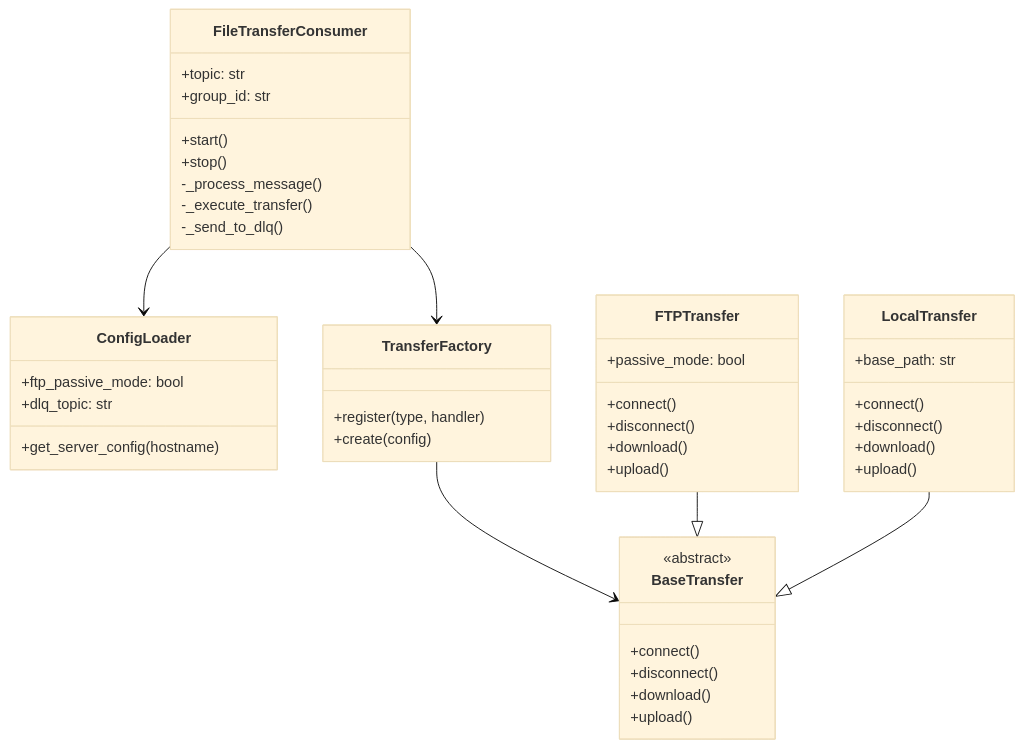
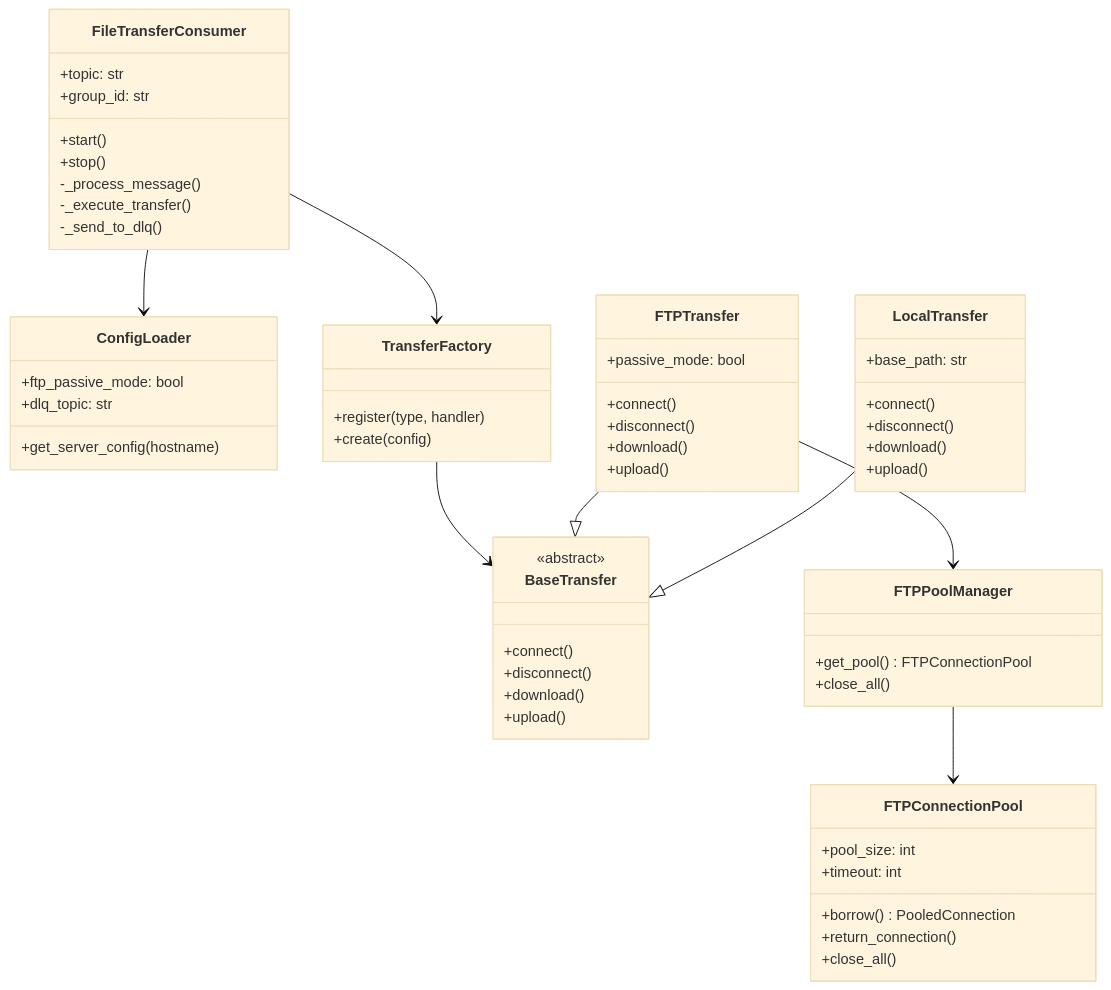
One commit to nineking424/etl-file-sync changed the second of 3 diagrams in README.md. Above: the diagram before and after it, drawn with Mermaid (base theme). The commit also changed other lines of this file, not shown here.

````diff
--- a/README.md
+++ b/README.md
@@ -489,53 +505,68 @@
 ```mermaid
 classDiagram
     class FileTransferConsumer {
         +topic: str
         +group_id: str
         +start()
         +stop()
         -_process_message()
         -_execute_transfer()
         -_send_to_dlq()
     }
 
     class ConfigLoader {
         +ftp_passive_mode: bool
         +dlq_topic: str
         +get_server_config(hostname)
     }
 
     class BaseTransfer {
         <<abstract>>
         +connect()
         +disconnect()
         +download()
         +upload()
     }
 
     class FTPTransfer {
         +passive_mode: bool
         +connect()
         +disconnect()
         +download()
         +upload()
     }
 
+    class FTPConnectionPool {
+        +pool_size: int
+        +timeout: int
+        +borrow() PooledConnection
+        +return_connection()
+        +close_all()
+    }
+
+    class FTPPoolManager {
+        +get_pool() FTPConnectionPool
+        +close_all()
+    }
+
     class LocalTransfer {
         +base_path: str
         +connect()
         +disconnect()
         +download()
         +upload()
     }
 
     class TransferFactory {
         +register(type, handler)
         +create(config)
     }
 
     FileTransferConsumer --> ConfigLoader
     FileTransferConsumer --> TransferFactory
     TransferFactory --> BaseTransfer
     FTPTransfer --|> BaseTransfer
+    FTPTransfer --> FTPPoolManager
+    FTPPoolManager --> FTPConnectionPool
     LocalTransfer --|> BaseTransfer
 ```
````
